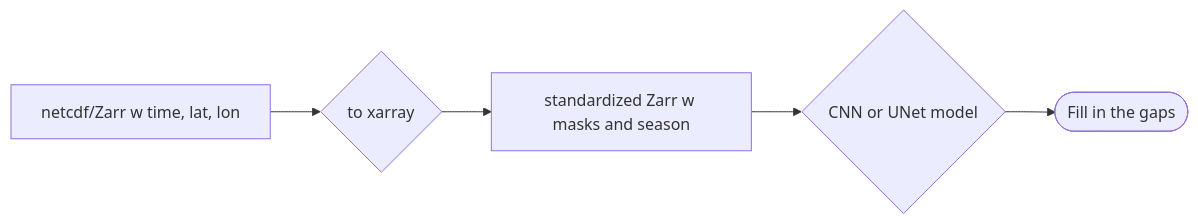
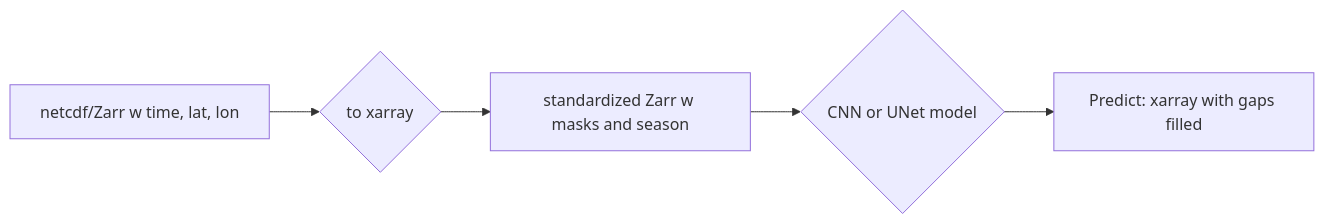
Before and after one commit to oceanhackweek/ohw25_proj_gap: the diagram in README.md, drawn with Mermaid.

````diff
--- a/README.md
+++ b/README.md
@@ -7,7 +7,7 @@
 ```mermaid
 graph LR
   A[netcdf/Zarr w time, lat, lon] --> G{to xarray}
   G --> C[standardized Zarr w masks and season]
   C --> D{CNN or UNet model}
-  D --> E([Fill in the gaps])
+  D --> E[Predict: xarray with gaps filled]
 ```
````
